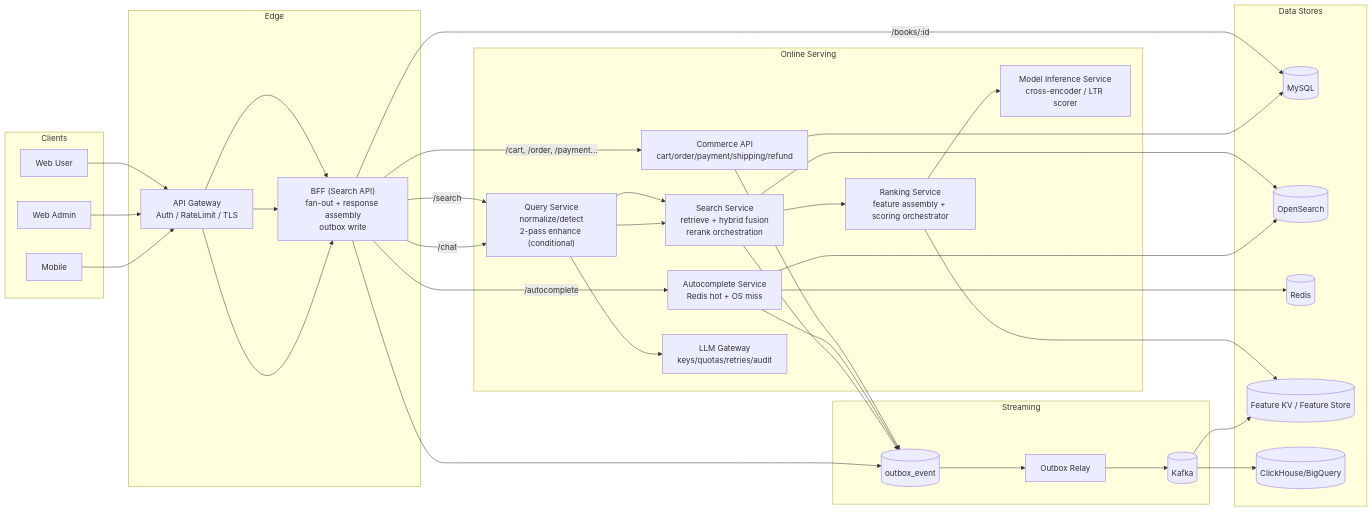
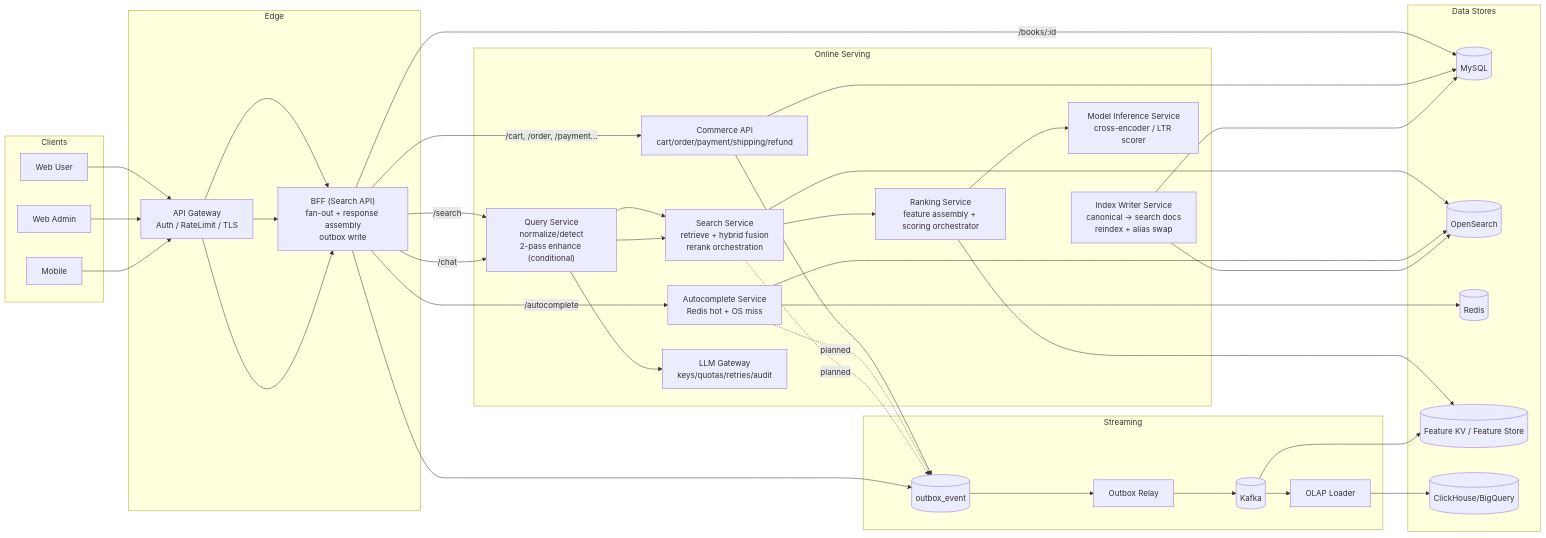
Before and after one commit to book-search-labs/bsl-backend: the first of 3 diagrams in docs/ARCHITECTURE.md, drawn with Mermaid. The commit also changed other lines of this file and 36 other files, not shown here.

````diff
--- a/docs/ARCHITECTURE.md
+++ b/docs/ARCHITECTURE.md
@@ -25,62 +25,66 @@
 ```mermaid
 flowchart LR
   subgraph Clients
     UWeb["Web User"]
     AWeb["Web Admin"]
     Mobile["Mobile"]
   end
 
   subgraph Edge
     GW["API Gateway<br/>Auth / RateLimit / TLS"]
     BFF["BFF (Search API)<br/>fan-out + response assembly<br/>outbox write"]
   end
 
   subgraph Online["Online Serving"]
     QS["Query Service<br/>normalize/detect<br/>2-pass enhance (conditional)"]
     SR["Search Service<br/>retrieve + hybrid fusion<br/>rerank orchestration"]
     AC["Autocomplete Service<br/>Redis hot + OS miss"]
+    IDXW["Index Writer Service<br/>canonical -> search docs<br/>reindex + alias swap"]
     COM["Commerce API<br/>cart/order/payment/shipping/refund"]
     RS["Ranking Service<br/>feature assembly + scoring orchestrator"]
     MIS["Model Inference Service<br/>cross-encoder / LTR scorer"]
     LLMGW["LLM Gateway<br/>keys/quotas/retries/audit"]
   end
 
   subgraph Stores["Data Stores"]
     DB[(MySQL)]
     OS[(OpenSearch)]
     R[(Redis)]
     FEAT[(Feature KV / Feature Store)]
     OLAP[(ClickHouse/BigQuery)]
   end
 
   subgraph Stream["Streaming"]
     OUTBOX[(outbox_event)]
     RELAY["Outbox Relay"]
     K[(Kafka)]
+    OLAPL["OLAP Loader"]
   end
 
   UWeb --> GW --> BFF
   AWeb --> GW --> BFF
   Mobile --> GW --> BFF
 
   BFF -->|/search| QS --> SR --> OS
   SR --> RS --> MIS
   RS --> FEAT
   BFF -->|/autocomplete| AC --> R
   AC --> OS
   BFF -->|/books/:id| DB
 
   BFF -->|/chat| QS
   QS --> SR
   QS --> LLMGW
 
   BFF -->|/cart, /order, /payment...| COM --> DB
+  IDXW --> DB
+  IDXW --> OS
 
   BFF --> OUTBOX
   COM --> OUTBOX
-  AC --> OUTBOX
-  SR --> OUTBOX
+  AC -. planned .-> OUTBOX
+  SR -. planned .-> OUTBOX
   OUTBOX --> RELAY --> K
-  K --> OLAP
+  K --> OLAPL --> OLAP
   K --> FEAT
 ```
````
